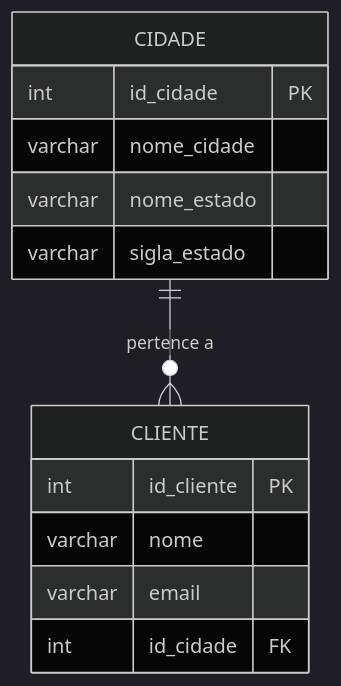
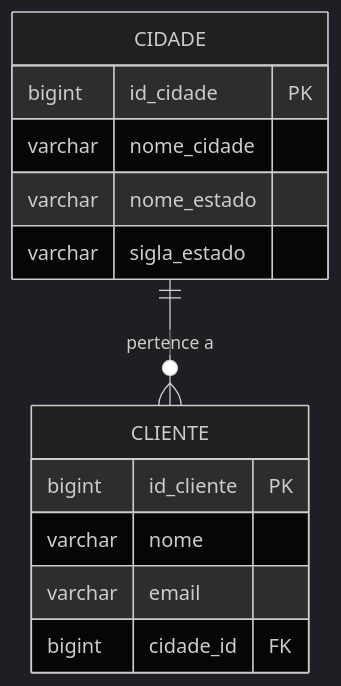
Before and after one commit to DSM-Fatec-Jahu/Banco-de-Dados-Relacional-IBD015: the fourth of 8 diagrams in aulas/Aula_02_Normalizacao.md, drawn with Mermaid (dark theme). The commit also changed other lines of this file and 13 other files, not shown here.

````diff
--- a/aulas/Aula_02_Normalizacao.md
+++ b/aulas/Aula_02_Normalizacao.md
@@ -314,18 +314,18 @@
 ```mermaid
 erDiagram
     CIDADE {
-        int id_cidade PK
+        bigint id_cidade PK
         varchar nome_cidade
         varchar nome_estado
         varchar sigla_estado
     }
 
     CLIENTE {
-        int id_cliente PK
+        bigint id_cliente PK
         varchar nome
         varchar email
-        int id_cidade FK
+        bigint cidade_id FK
     }
 
     CIDADE ||--o{ CLIENTE : "pertence a"
 ```
````
